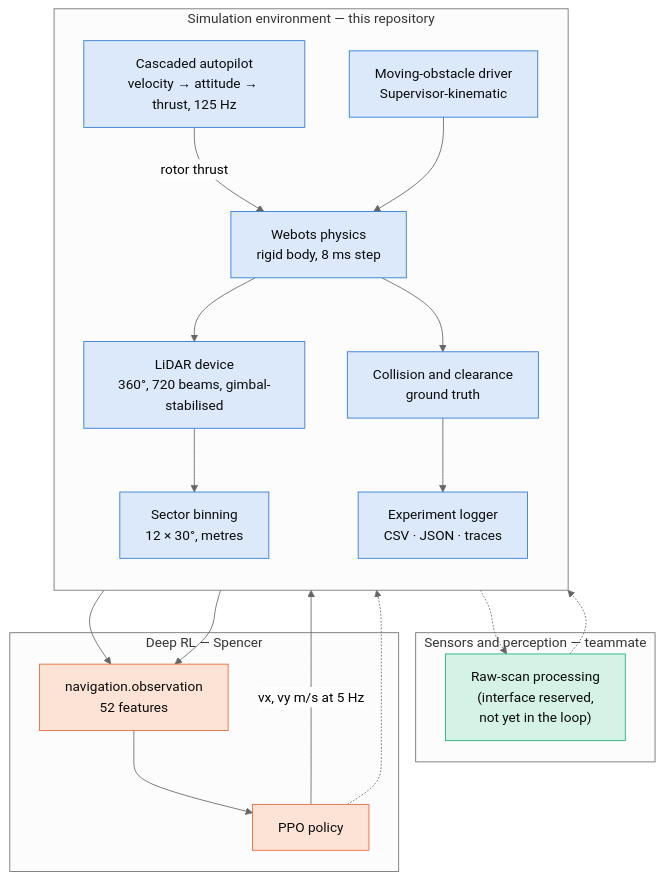
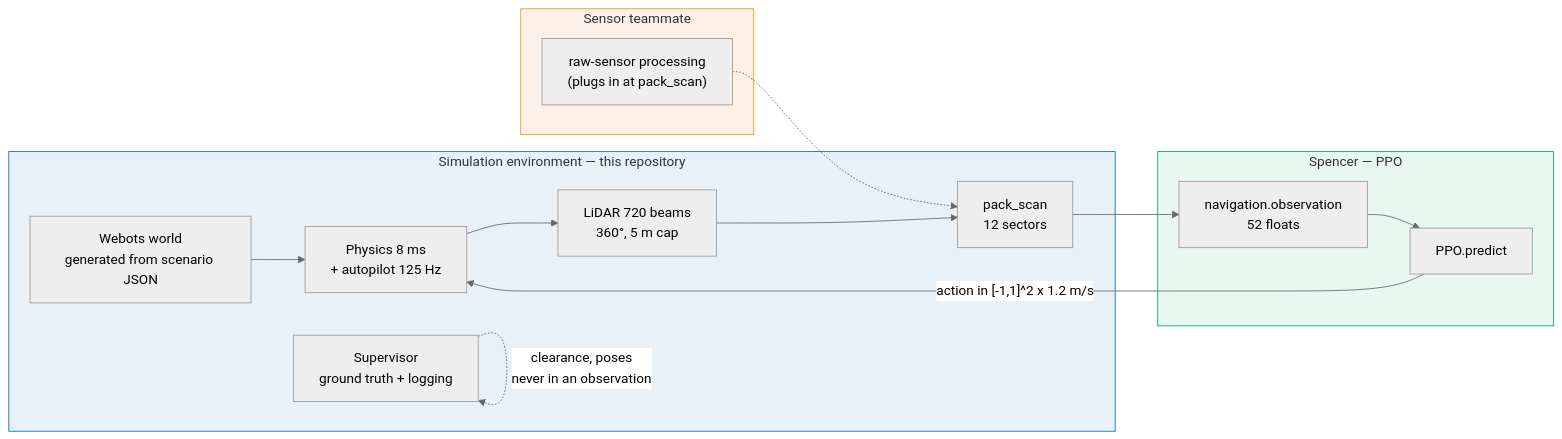
The diagram in README.md (khh4lid/dns-webots-simulation), drawn with Mermaid (neutral theme) before and after one commit. The commit also changed other lines of this file and 6 other files, not shown here.

````diff
--- a/README.md
+++ b/README.md
@@ -108,39 +116,24 @@
 ```mermaid
-flowchart TB
-  subgraph SIM["Simulation environment — this repository"]
-    direction TB
-    PHY["Webots physics<br/>rigid body, 8 ms step"]
-    AP["Cascaded autopilot<br/>velocity → attitude → thrust, 125 Hz"]
-    LID["LiDAR device<br/>360°, 720 beams, gimbal-stabilised"]
-    SEC["Sector binning<br/>12 × 30°, metres"]
-    MOV["Moving-obstacle driver<br/>Supervisor-kinematic"]
-    GT["Collision and clearance<br/>ground truth"]
-    LOG["Experiment logger<br/>CSV · JSON · traces"]
+flowchart LR
+  subgraph ME["Simulation environment — this repository"]
+    W["Webots world<br/>generated from scenario JSON"]
+    P["Physics 8 ms<br/>+ autopilot 125 Hz"]
+    L["LiDAR 720 beams<br/>360°, 5 m cap"]
+    S["pack_scan<br/>12 sectors"]
+    G["Supervisor<br/>ground truth + logging"]
   end
-
-  subgraph PERC["Sensors and perception — teammate"]
-    PROC["Raw-scan processing<br/>(interface reserved,<br/>not yet in the loop)"]
+  subgraph SP["Spencer — PPO"]
+    N["navigation.observation<br/>52 floats"]
+    PI["PPO.predict"]
   end
-
-  subgraph DRL["Deep RL — Spencer"]
-    OBS["navigation.observation<br/>52 features"]
-    PPO["PPO policy"]
+  subgraph SE["Sensor teammate"]
+    PR["raw-sensor processing<br/>(plugs in at pack_scan)"]
   end
-
-  PHY --> LID --> SEC --> OBS --> PPO
-  PPO -->|"vx, vy m/s at 5 Hz"| AP
-  AP -->|"rotor thrust"| PHY
-  MOV --> PHY
-  PHY --> GT --> OBS
-  GT --> LOG
-  PPO -.-> LOG
-  LID -.-> PROC
-  PROC -.-> SEC
-
-  classDef mine fill:#dbe9fb,stroke:#2a78d6,stroke-width:1px,color:#0b0b0b
-  classDef drl fill:#fde3d6,stroke:#eb6834,stroke-width:1px,color:#0b0b0b
-  classDef perc fill:#d4f2e5,stroke:#1baf7a,stroke-width:1px,color:#0b0b0b
-  class PHY,AP,LID,SEC,MOV,GT,LOG mine
-  class OBS,PPO drl
-  class PROC perc
+  W --> P --> L --> S --> N --> PI
+  PI -->|"action in [-1,1]^2 x 1.2 m/s"| P
+  G -.->|"clearance, poses<br/>never in an observation"| G
+  PR -.-> S
+  style ME fill:#e8f1f8,stroke:#0072B2
+  style SP fill:#e9f7f1,stroke:#009E73
+  style SE fill:#fdf0e6,stroke:#E69F00
 ```
````
